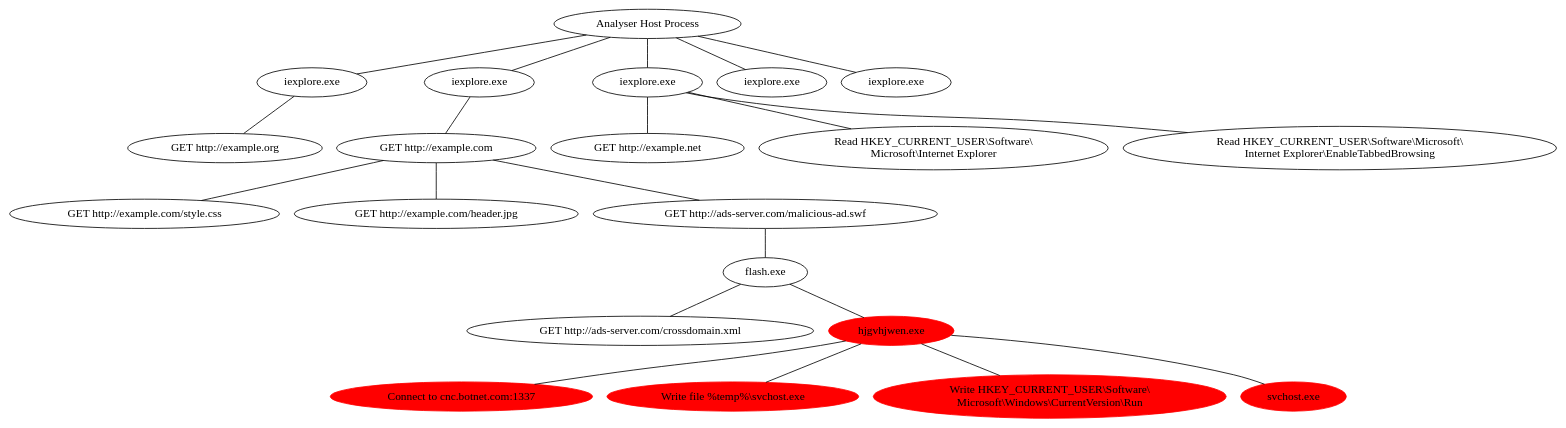
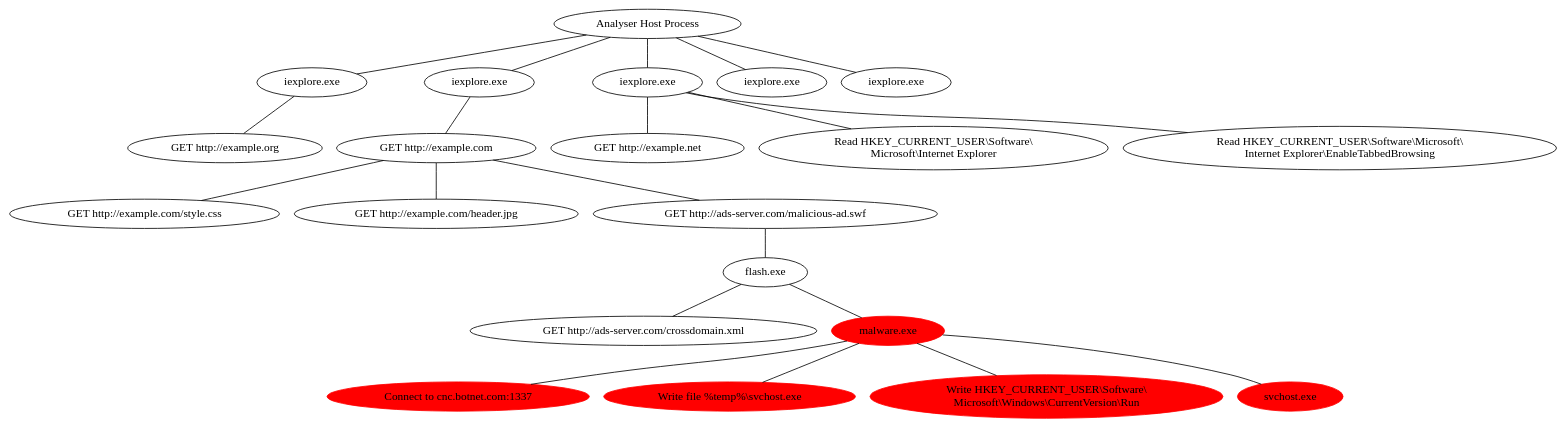
Before and after one commit to adriaandens/rp1_report: the diagram in Images/alg_tree.dot, drawn with Graphviz. The commit also changed 1 other file, not shown here.

Commit message:
Changed graph

```diff
--- a/Images/alg_tree.dot
+++ b/Images/alg_tree.dot
@@ -1,51 +1,51 @@
 graph G {
 
 	#rankdir="LR";
 
 	root=root;
 
 	root [label="Analyser Host Process"];
 
 	IETab1 [label="iexplore.exe"];
 	IETab2 [label="iexplore.exe"];
 	IETab3 [label="iexplore.exe"];
 	IETab4 [label="iexplore.exe"];
 	IETab5 [label="iexplore.exe"];
 
 
 	root -- IETab1
 	root -- IETab2
 	root -- IETab3
 	root -- IETab4
 	root -- IETab5
 
 	IETab1 -- "GET http://example.org"
 	IETab2 -- "GET http://example.com"
 	IETab3 -- "GET http://example.net"
 
 	IETab3 -- "Read HKEY_CURRENT_USER\\Software\\\nMicrosoft\\Internet Explorer"
 	IETab3 -- "Read HKEY_CURRENT_USER\\Software\\Microsoft\\\nInternet Explorer\\EnableTabbedBrowsing"
 
 	"GET http://example.com" -- "GET http://example.com/style.css"
 	"GET http://example.com" -- "GET http://example.com/header.jpg"
 	#"GET http://example.com" -- "GET http://example.com/menu.js"
 	"GET http://example.com" -- "GET http://ads-server.com/malicious-ad.swf"
 
 	"GET http://ads-server.com/malicious-ad.swf" -- "flash.exe"
 	"flash.exe" -- "GET http://ads-server.com/crossdomain.xml"
 
-	"flash.exe" -- "hjgvhjwen.exe"
+	"flash.exe" -- "malware.exe"
 
-	"hjgvhjwen.exe" [color=red,style=filled];
+	"malware.exe" [color=red,style=filled];
 	"Connect to cnc.botnet.com:1337" [color=red,style=filled];
 	"Write file %temp%\\svchost.exe" [color=red,style=filled];
 	"Write HKEY_CURRENT_USER\\Software\\\nMicrosoft\\Windows\\CurrentVersion\\Run" [color=red,style=filled];
 	"svchost.exe" [color=red,style=filled];
 
-	"hjgvhjwen.exe" -- "Connect to cnc.botnet.com:1337"
+	"malware.exe" -- "Connect to cnc.botnet.com:1337"
 
-	"hjgvhjwen.exe" -- "Write file %temp%\\svchost.exe"
-	"hjgvhjwen.exe" -- "Write HKEY_CURRENT_USER\\Software\\\nMicrosoft\\Windows\\CurrentVersion\\Run"
+	"malware.exe" -- "Write file %temp%\\svchost.exe"
+	"malware.exe" -- "Write HKEY_CURRENT_USER\\Software\\\nMicrosoft\\Windows\\CurrentVersion\\Run"
 
-	"hjgvhjwen.exe" -- "svchost.exe"
+	"malware.exe" -- "svchost.exe"
 }
```
